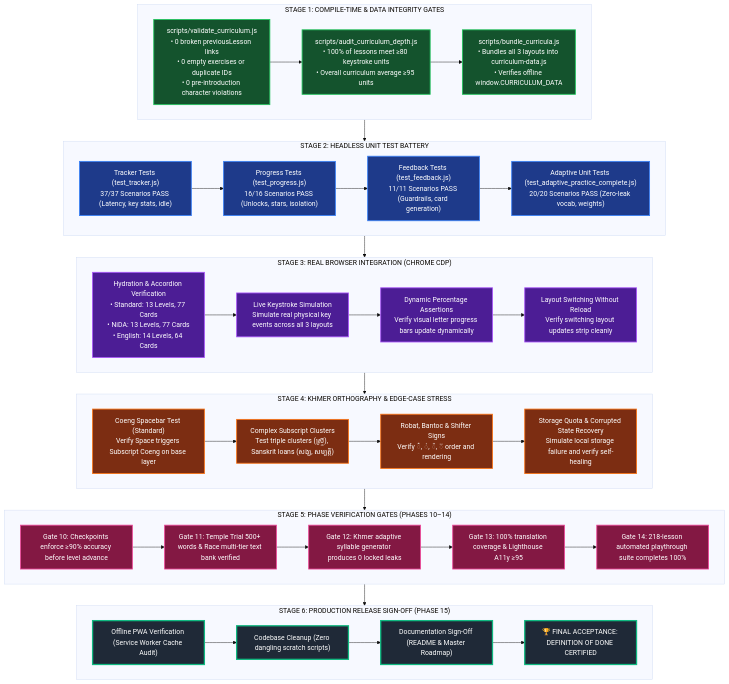
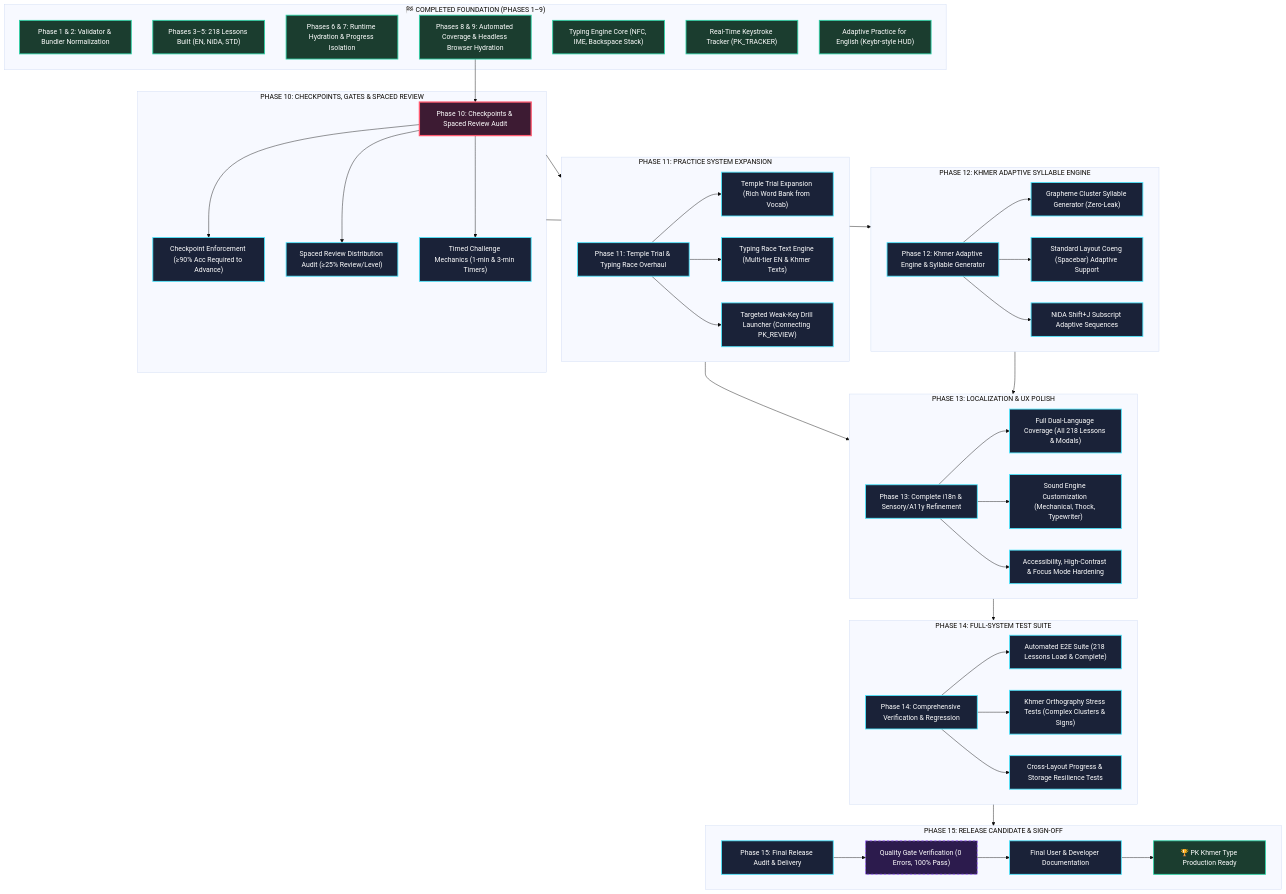
Before and after one commit to phanaach4889/PK-Khmer-Type: diagram 18 of 20 in lesson_overhaul_plan.md, drawn with Mermaid (base theme). The commit also changed other lines of this file and 1 other file, not shown here.

Commit message:
docs: combine all existing plans and artifacts into a single master lesson_overhaul_plan.md

````diff
--- a/lesson_overhaul_plan.md
+++ b/lesson_overhaul_plan.md
@@ -1311,64 +1003,90 @@
 ```mermaid
 flowchart TD
-    classDef build fill:#14532d,stroke:#22c55e,stroke-width:2px,color:#fff;
-    classDef unit fill:#1e3a8a,stroke:#3b82f6,stroke-width:2px,color:#fff;
-    classDef live fill:#4c1d95,stroke:#a855f7,stroke-width:2px,color:#fff;
-    classDef stress fill:#7c2d12,stroke:#f97316,stroke-width:2px,color:#fff;
-    classDef gate fill:#831843,stroke:#ec4899,stroke-width:2px,color:#fff;
-    classDef release fill:#1f2937,stroke:#10b981,stroke-width:3px,color:#fff;
+    classDef done fill:#1b3d2f,stroke:#2dd4a7,stroke-width:2px,color:#fff;
+    classDef partial fill:#3d361b,stroke:#ffd166,stroke-width:2px,color:#fff;
+    classDef next fill:#3d1b33,stroke:#ff5a70,stroke-width:3px,color:#fff;
+    classDef planned fill:#1a2238,stroke:#4fe8ff,stroke-width:2px,color:#fff;
+    classDef gate fill:#2c1b4d,stroke:#a06bff,stroke-width:2px,stroke-dasharray: 5 5,color:#fff;
 
-    subgraph T_BUILD ["STAGE 1: COMPILE-TIME & DATA INTEGRITY GATES"]
-        B1["scripts/validate_curriculum.js\n• 0 broken previousLesson links\n• 0 empty exercises or duplicate IDs\n• 0 pre-introduction character violations"]:::build
-        B2["scripts/audit_curriculum_depth.js\n• 100% of lessons meet ≥80 keystroke units\n• Overall curriculum average ≥95 units"]:::build
-        B3["scripts/bundle_curricula.js\n• Bundles all 3 layouts into curriculum-data.js\n• Verifies offline window.CURRICULUM_DATA"]:::build
-        B1 --> B2 --> B3
+    %% COMPLETED BASELINE
+    subgraph BASELINE ["🏁 COMPLETED FOUNDATION (PHASES 1–9)"]
+        P1_P2["Phase 1 & 2: Validator & Bundler Normalization"]:::done
+        P3_P5["Phases 3–5: 218 Lessons Built (EN, NiDA, STD)"]:::done
+        P6_P7["Phases 6 & 7: Runtime Hydration & Progress Isolation"]:::done
+        P8_P9["Phases 8 & 9: Automated Coverage & Headless Browser Hydration"]:::done
+        ENG_CORE["Typing Engine Core (NFC, IME, Backspace Stack)"]:::done
+        TRACKER["Real-Time Keystroke Tracker (PK_TRACKER)"]:::done
+        ADAPT_EN["Adaptive Practice for English (Keybr-style HUD)"]:::done
     end
 
-    subgraph T_UNIT ["STAGE 2: HEADLESS UNIT TEST BATTERY"]
-        U1["Tracker Tests (test_tracker.js)\n37/37 Scenarios PASS (Latency, key stats, idle)"]:::unit
-        U2["Progress Tests (test_progress.js)\n16/16 Scenarios PASS (Unlocks, stars, isolation)"]:::unit
-        U3["Feedback Tests (test_feedback.js)\n11/11 Scenarios PASS (Guardrails, card generation)"]:::unit
-        U4["Adaptive Unit Tests (test_adaptive_practice_complete.js)\n20/20 Scenarios PASS (Zero-leak vocab, weights)"]:::unit
-        U1 --> U2 --> U3 --> U4
+    %% CRITICAL PATH & FUTURE PHASES
+    P8_P9 --> PHASE10
+    
+    subgraph PHASE10_SUB ["PHASE 10: CHECKPOINTS, GATES & SPACED REVIEW"]
+        PHASE10["Phase 10: Checkpoints & Spaced Review Audit"]:::next
+        CP_GATE["Checkpoint Enforcement (≥90% Acc Required to Advance)"]:::planned
+        SPACED_REV["Spaced Review Distribution Audit (≥25% Review/Level)"]:::planned
+        TIMED_CHALLENGE["Timed Challenge Mechanics (1-min & 3-min Timers)"]:::planned
+        PHASE10 --> CP_GATE
+        PHASE10 --> SPACED_REV
+        PHASE10 --> TIMED_CHALLENGE
     end
 
-    subgraph T_LIVE ["STAGE 3: REAL BROWSER INTEGRATION (CHROME CDP)"]
-        L1["Hydration & Accordion Verification\n• Standard: 13 Levels, 77 Cards\n• NiDA: 13 Levels, 77 Cards\n• English: 14 Levels, 64 Cards"]:::live
-        L2["Live Keystroke Simulation\nSimulate real physical key events across all 3 layouts"]:::live
-        L3["Dynamic Percentage Assertions\nVerify visual letter progress bars update dynamically"]:::live
-        L4["Layout Switching Without Reload\nVerify switching layout updates strip cleanly"]:::live
-        L1 --> L2 --> L3 --> L4
+    subgraph PHASE11_SUB ["PHASE 11: PRACTICE SYSTEM EXPANSION"]
+        PHASE11["Phase 11: Temple Trial & Typing Race Overhaul"]:::planned
+        TRIAL_EXP["Temple Trial Expansion (Rich Word Bank from Vocab)"]:::planned
+        RACE_EXP["Typing Race Text Engine (Multi-tier EN & Khmer Texts)"]:::planned
+        REVIEW_UI["Targeted Weak-Key Drill Launcher (Connecting PK_REVIEW)"]:::planned
+        PHASE11 --> TRIAL_EXP
+        PHASE11 --> RACE_EXP
+        PHASE11 --> REVIEW_UI
     end
 
-    subgraph T_STRESS ["STAGE 4: KHMER ORTHOGRAPHY & EDGE-CASE STRESS"]
-        S1["Coeng Spacebar Test (Standard)\nVerify Space triggers Subscript Coeng on base layer"]:::stress
-        S2["Complex Subscript Clusters\nTest triple clusters (ស្ទ្រី), Sanskrit loans (សង្ឃ, សម្បត្តិ)"]:::stress
-        S3["Robat, Bantoc & Shifter Signs\nVerify ៌, ់, ៉, ៊ order and rendering"]:::stress
-        S4["Storage Quota & Corrupted State Recovery\nSimulate local storage failure and verify self-healing"]:::stress
-        S1 --> S2 --> S3 --> S4
+    subgraph PHASE12_SUB ["PHASE 12: KHMER ADAPTIVE SYLLABLE ENGINE"]
+        PHASE12["Phase 12: Khmer Adaptive Engine & Syllable Generator"]:::planned
+        KM_SYLLABLE["Grapheme Cluster Syllable Generator (Zero-Leak)"]:::planned
+        STD_SPACE["Standard Layout Coeng (Spacebar) Adaptive Support"]:::planned
+        NIDA_COENG["NiDA Shift+J Subscript Adaptive Sequences"]:::planned
+        PHASE12 --> KM_SYLLABLE
+        PHASE12 --> STD_SPACE
+        PHASE12 --> NIDA_COENG
     end
 
-    subgraph T_GATE ["STAGE 5: PHASE VERIFICATION GATES (PHASES 10–14)"]
-        G10["Gate 10: Checkpoints enforce ≥90% accuracy before level advance"]:::gate
-        G11["Gate 11: Temple Trial 500+ words & Race multi-tier text bank verified"]:::gate
-        G12["Gate 12: Khmer adaptive syllable generator produces 0 locked leaks"]:::gate
-        G13["Gate 13: 100% translation coverage & Lighthouse A11y ≥95"]:::gate
-        G14["Gate 14: 218-lesson automated playthrough suite completes 100%"]:::gate
-        G10 --> G11 --> G12 --> G13 --> G14
+    subgraph PHASE13_SUB ["PHASE 13: LOCALIZATION & UX POLISH"]
+        PHASE13["Phase 13: Complete i18n & Sensory/A11y Refinement"]:::planned
+        I18N_FULL["Full Dual-Language Coverage (All 218 Lessons & Modals)"]:::planned
+        AUDIO_PROFILE["Sound Engine Customization (Mechanical, Thock, Typewriter)"]:::planned
+        A11Y_FOCUS["Accessibility, High-Contrast & Focus Mode Hardening"]:::planned
+        PHASE13 --> I18N_FULL
+        PHASE13 --> AUDIO_PROFILE
+        PHASE13 --> A11Y_FOCUS
     end
 
-    subgraph T_RELEASE ["STAGE 6: PRODUCTION RELEASE SIGN-OFF (PHASE 15)"]
-        R_OFFLINE["Offline PWA Verification (Service Worker Cache Audit)"]:::release
-        R_CLEAN["Codebase Cleanup (Zero dangling scratch scripts)"]:::release
-        R_DOCS["Documentation Sign-Off (README & Master Roadmap)"]:::release
-        R_FINAL["🏆 FINAL ACCEPTANCE: DEFINITION OF DONE CERTIFIED"]:::release
-        
-        R_OFFLINE --> R_CLEAN --> R_DOCS --> R_FINAL
+    subgraph PHASE14_SUB ["PHASE 14: FULL-SYSTEM TEST SUITE"]
+        PHASE14["Phase 14: Comprehensive Verification & Regression"]:::planned
+        E2E_ALL["Automated E2E Suite (218 Lessons Load & Complete)"]:::planned
+        KM_ORTHO["Khmer Orthography Stress Tests (Complex Clusters & Signs)"]:::planned
+        ISOLATION_TEST["Cross-Layout Progress & Storage Resilience Tests"]:::planned
+        PHASE14 --> E2E_ALL
+        PHASE14 --> KM_ORTHO
+        PHASE14 --> ISOLATION_TEST
     end
 
-    T_BUILD --> T_UNIT
-    T_UNIT --> T_LIVE
-    T_LIVE --> T_STRESS
-    T_STRESS --> T_GATE
-    T_GATE --> T_RELEASE
+    subgraph PHASE15_SUB ["PHASE 15: RELEASE CANDIDATE & SIGN-OFF"]
+        PHASE15["Phase 15: Final Release Audit & Delivery"]:::planned
+        RELEASE_GATE["Quality Gate Verification (0 Errors, 100% Pass)"]:::gate
+        DOCS["Final User & Developer Documentation"]:::planned
+        SIGN_OFF["🏆 PK Khmer Type Production Ready"]:::done
+        PHASE15 --> RELEASE_GATE
+        RELEASE_GATE --> DOCS
+        DOCS --> SIGN_OFF
+    end
+
+    %% INTER-PHASE DEPENDENCIES
+    PHASE10_SUB --> PHASE11_SUB
+    PHASE10_SUB --> PHASE12_SUB
+    PHASE11_SUB --> PHASE13_SUB
+    PHASE12_SUB --> PHASE13_SUB
+    PHASE13_SUB --> PHASE14_SUB
+    PHASE14_SUB --> PHASE15_SUB
 ```
````
